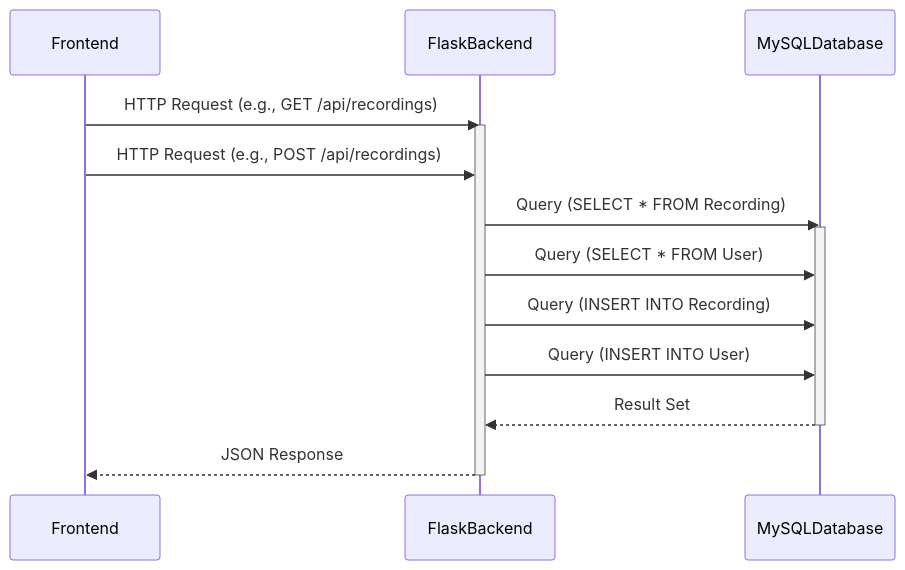
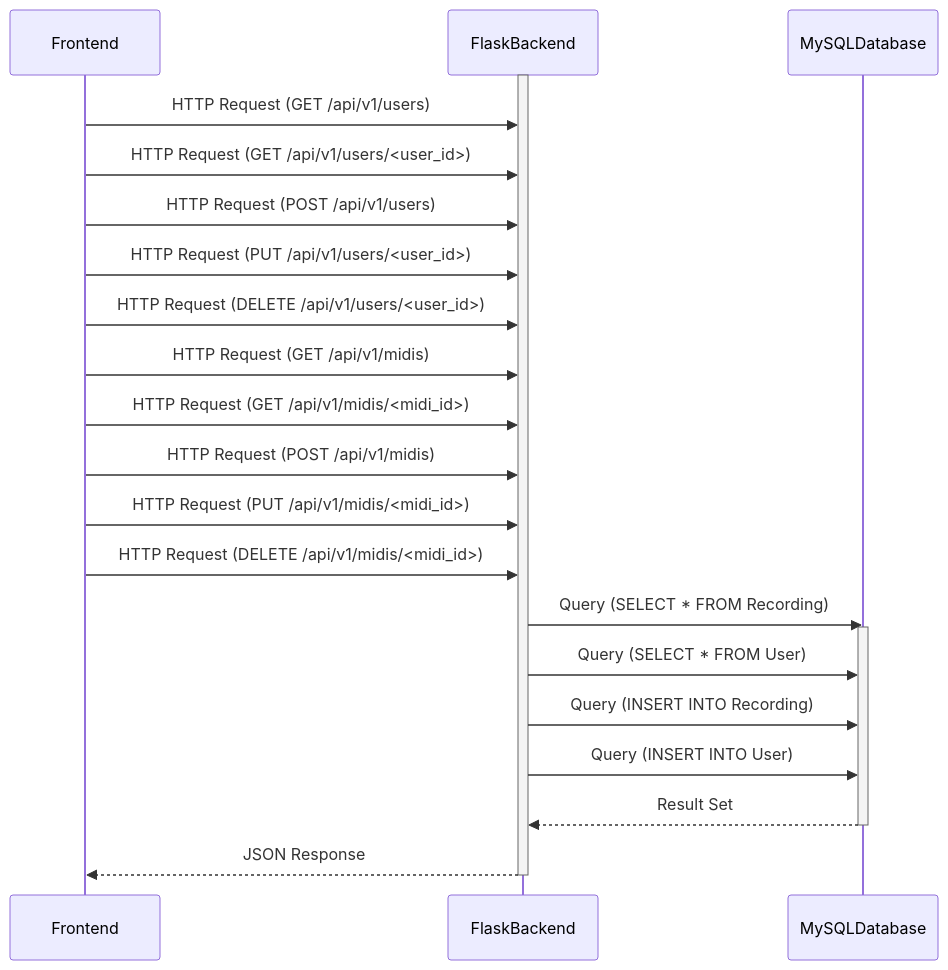
Before and after one commit to bengoh815/cs506-project: the sixth of 6 diagrams in README.md, drawn with Mermaid. The commit also changed other lines of this file and 67 other files, not shown here.

````diff
--- a/README.md
+++ b/README.md
@@ -222,22 +198,31 @@
 ```mermaid
 sequenceDiagram
 participant Frontend
 participant FlaskBackend
 participant MySQLDatabase
 
-Frontend ->> FlaskBackend: HTTP Request (e.g., GET /api/recordings)
 activate FlaskBackend
-Frontend ->> FlaskBackend: HTTP Request (e.g., POST /api/recordings)
+Frontend ->> FlaskBackend: HTTP Request (GET /api/v1/users)
+Frontend ->> FlaskBackend: HTTP Request (GET /api/v1/users/<user_id>)
+Frontend ->> FlaskBackend: HTTP Request (POST /api/v1/users)
+Frontend ->> FlaskBackend: HTTP Request (PUT /api/v1/users/<user_id>)
+Frontend ->> FlaskBackend: HTTP Request (DELETE /api/v1/users/<user_id>)
+
+Frontend ->> FlaskBackend: HTTP Request (GET /api/v1/midis)
+Frontend ->> FlaskBackend: HTTP Request (GET /api/v1/midis/<midi_id>)
+Frontend ->> FlaskBackend: HTTP Request (POST /api/v1/midis)
+Frontend ->> FlaskBackend: HTTP Request (PUT /api/v1/midis/<midi_id>)
+Frontend ->> FlaskBackend: HTTP Request (DELETE /api/v1/midis/<midi_id>)
 
 FlaskBackend ->> MySQLDatabase: Query (SELECT * FROM Recording)
 activate MySQLDatabase
 FlaskBackend ->> MySQLDatabase: Query (SELECT * FROM User)
 FlaskBackend ->> MySQLDatabase: Query (INSERT INTO Recording)
 FlaskBackend ->> MySQLDatabase: Query (INSERT INTO User)
 
 MySQLDatabase -->> FlaskBackend: Result Set
 deactivate MySQLDatabase
 
 FlaskBackend -->> Frontend: JSON Response
 deactivate FlaskBackend
 ```
````
